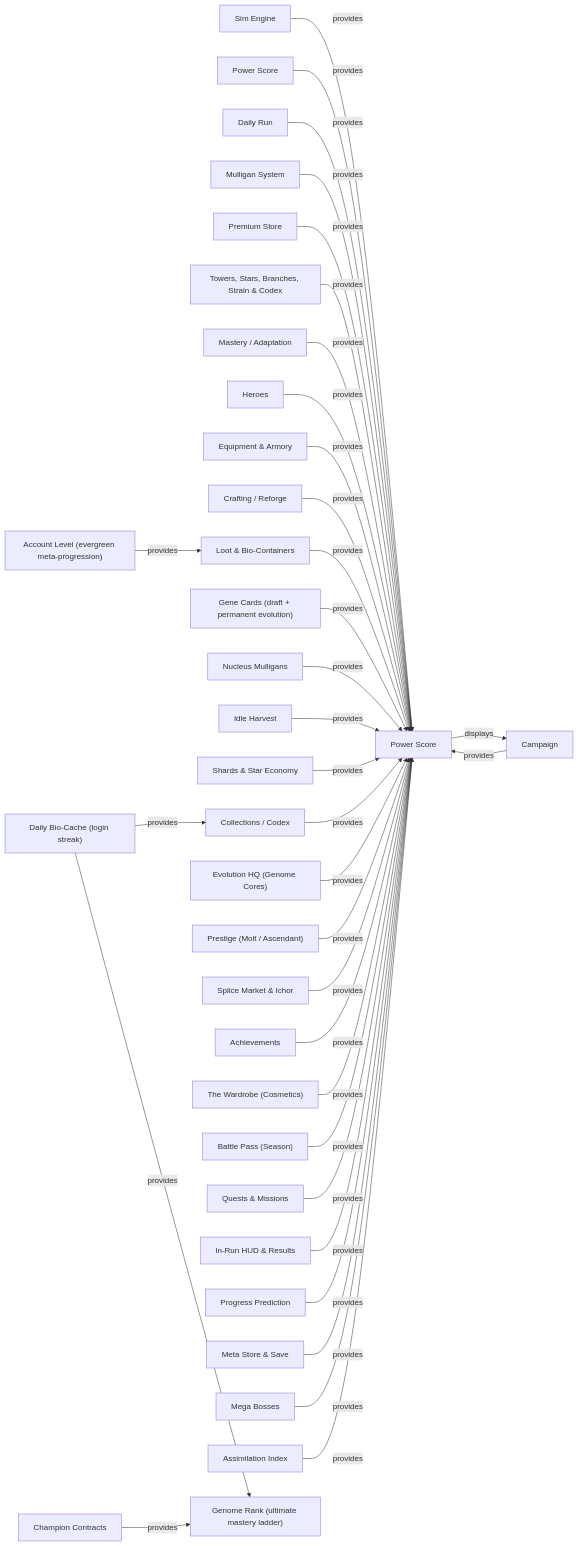
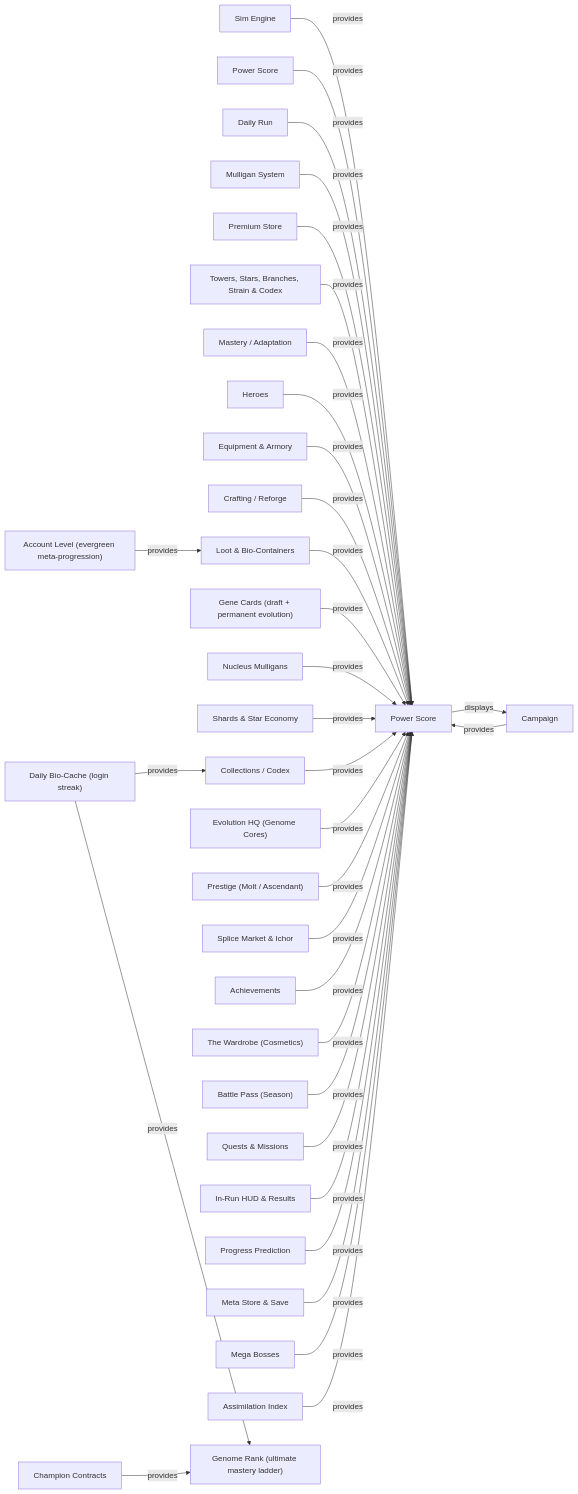
Before and after one commit to jathanalston-ship-it/TowerDefenseGame: the second of 4 diagrams in docs/DIL_GRAPH.md, drawn with Mermaid. The commit also changed other lines of this file and 6 other files, not shown here.

````diff
--- a/docs/DIL_GRAPH.md
+++ b/docs/DIL_GRAPH.md
@@ -153,37 +151,36 @@
 ```mermaid
 graph LR
   system_engine["Sim Engine"] -->|provides| concept_power_score["Power Score"]
   system_power["Power Score"] -->|provides| concept_power_score["Power Score"]
   system_campaign["Campaign"] -->|provides| concept_power_score["Power Score"]
   system_daily["Daily Run"] -->|provides| concept_power_score["Power Score"]
   system_mulligans["Mulligan System"] -->|provides| concept_power_score["Power Score"]
   system_premium["Premium Store"] -->|provides| concept_power_score["Power Score"]
   system_towers["Towers, Stars, Branches, Strain & Codex"] -->|provides| concept_power_score["Power Score"]
   system_mastery["Mastery / Adaptation"] -->|provides| concept_power_score["Power Score"]
   system_heroes["Heroes"] -->|provides| concept_power_score["Power Score"]
   system_equipment["Equipment & Armory"] -->|provides| concept_power_score["Power Score"]
   system_crafting["Crafting / Reforge"] -->|provides| concept_power_score["Power Score"]
   system_loot["Loot & Bio-Containers"] -->|provides| concept_power_score["Power Score"]
   system_gene_cards["Gene Cards (draft + permanent evolution)"] -->|provides| concept_power_score["Power Score"]
   system_nucleus["Nucleus Mulligans"] -->|provides| concept_power_score["Power Score"]
-  system_idle_harvest["Idle Harvest"] -->|provides| concept_power_score["Power Score"]
   system_shards_economy["Shards & Star Economy"] -->|provides| concept_power_score["Power Score"]
   system_collection["Collections / Codex"] -->|provides| concept_power_score["Power Score"]
   system_evolution_hq["Evolution HQ (Genome Cores)"] -->|provides| concept_power_score["Power Score"]
   system_prestige["Prestige (Molt / Ascendant)"] -->|provides| concept_power_score["Power Score"]
   system_splice_market["Splice Market & Ichor"] -->|provides| concept_power_score["Power Score"]
   system_achievements["Achievements"] -->|provides| concept_power_score["Power Score"]
   system_cosmetics["The Wardrobe (Cosmetics)"] -->|provides| concept_power_score["Power Score"]
   system_battle_pass["Battle Pass (Season)"] -->|provides| concept_power_score["Power Score"]
   system_quests["Quests & Missions"] -->|provides| concept_power_score["Power Score"]
   system_run_ui["In-Run HUD & Results"] -->|provides| concept_power_score["Power Score"]
   system_prediction["Progress Prediction"] -->|provides| concept_power_score["Power Score"]
   system_meta_store["Meta Store & Save"] -->|provides| concept_power_score["Power Score"]
   system_mega_bosses["Mega Bosses"] -->|provides| concept_power_score["Power Score"]
   system_assimilation["Assimilation Index"] -->|provides| concept_power_score["Power Score"]
   system_daily_login["Daily Bio-Cache (login streak)"] -->|provides| system_genome_rank["Genome Rank (ultimate mastery ladder)"]
   system_daily_login["Daily Bio-Cache (login streak)"] -->|provides| system_collection["Collections / Codex"]
   concept_power_score["Power Score"] -->|displays| system_campaign["Campaign"]
   system_account_level["Account Level (evergreen meta-progression)"] -->|provides| system_loot["Loot & Bio-Containers"]
   system_contracts["Champion Contracts"] -->|provides| system_genome_rank["Genome Rank (ultimate mastery ladder)"]
 ```
````
